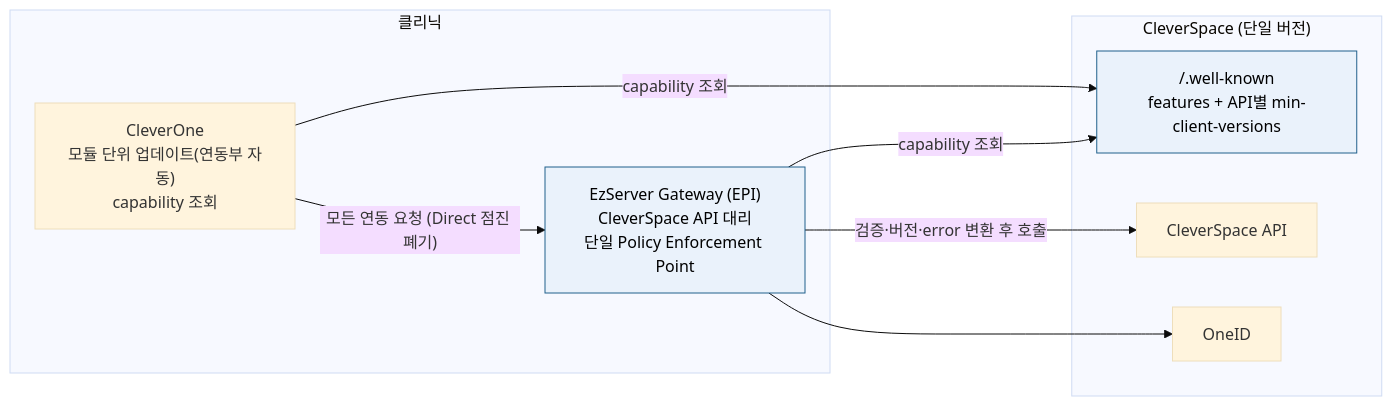
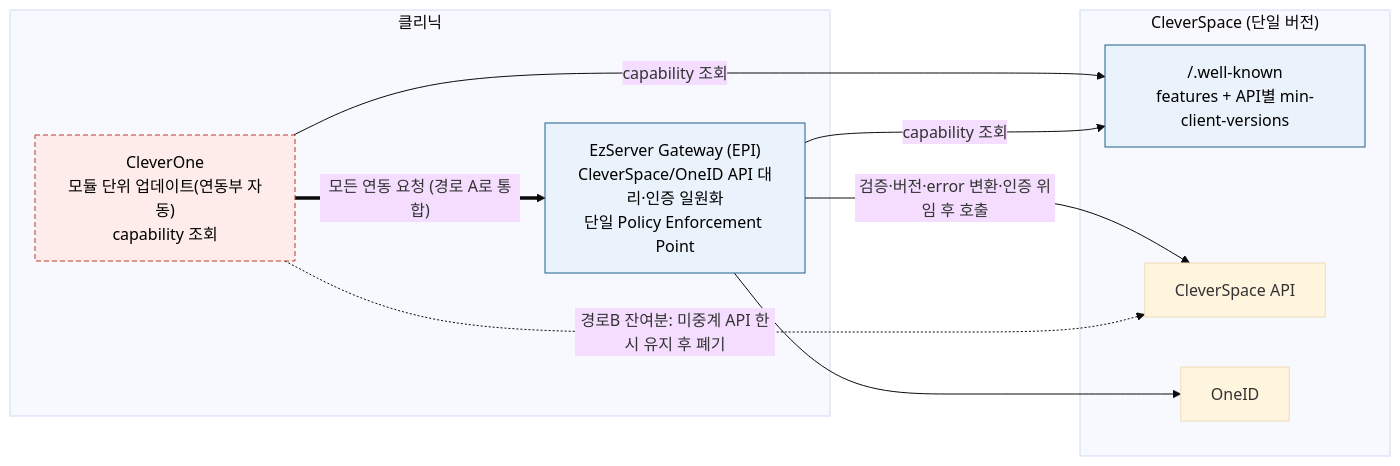
The fifth of 6 diagrams in docs/CleverAPI호환성체크/API호환성_방안비교_보고서.md (gracegyu/scp-architecture), drawn with Mermaid (base theme) before and after one commit. The commit also changed other lines of this file, not shown here.

Commit message:
문서 업데이트: CleverOne과 CleverSpace 간의 연동 구조를 개선하기 위한 경로 B(Direct) 우려 사항 및 EzServer Gateway의 역할을 명확히 하였습니다. 이를 통해 인증 및 정책 집행의 일원화를 제안하고, API 중계 endpoint 확충과 인증 모델 통일을 위한 방향성을 제시하여 문서의 완성도를 높였습니다.

````diff
--- a/docs/CleverAPI호환성체크/API호환성_방안비교_보고서.md
+++ b/docs/CleverAPI호환성체크/API호환성_방안비교_보고서.md
@@ -364,21 +385,24 @@
 ```mermaid
 flowchart LR
     subgraph CLINIC["클리닉"]
         CO["CleverOne<br/>모듈 단위 업데이트(연동부 자동)<br/>capability 조회"]
-        EPI["EzServer Gateway (EPI)<br/>CleverSpace API 대리<br/>단일 Policy Enforcement Point"]
+        EPI["EzServer Gateway (EPI)<br/>CleverSpace/OneID API 대리·인증 일원화<br/>단일 Policy Enforcement Point"]
     end
     subgraph CLOUD["CleverSpace (단일 버전)"]
         WK["/.well-known<br/>features + API별 min-client-versions"]
         CS["CleverSpace API"]
         OID["OneID"]
     end
 
     CO -->|"capability 조회"| WK
     EPI -->|"capability 조회"| WK
-    CO -->|"모든 연동 요청 (Direct 점진 폐기)"| EPI
-    EPI -->|"검증·버전·error 변환 후 호출"| CS
+    CO ==>|"모든 연동 요청 (경로 A로 통합)"| EPI
+    EPI -->|"검증·버전·error 변환·인증 위임 후 호출"| CS
     EPI --> OID
+    CO -.->|"경로B 잔여분: 미중계 API 한시 유지 후 폐기"| CS
 
     classDef new fill:#eaf2fb,stroke:#21618c,color:#000;
+    classDef dep fill:#fdecea,stroke:#c0392b,color:#000,stroke-dasharray:5 3;
     class WK,EPI new;
+    class CO dep;
 ```
````
